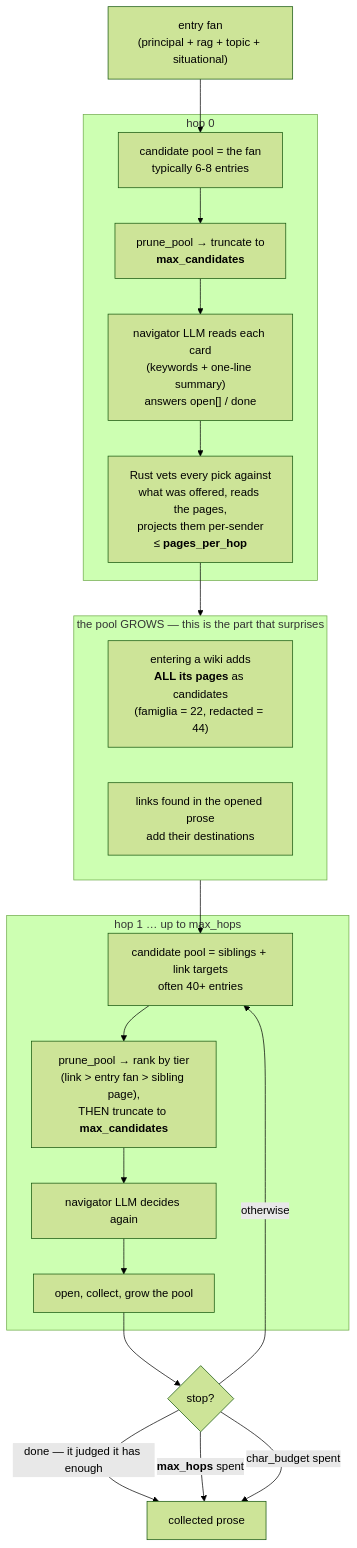
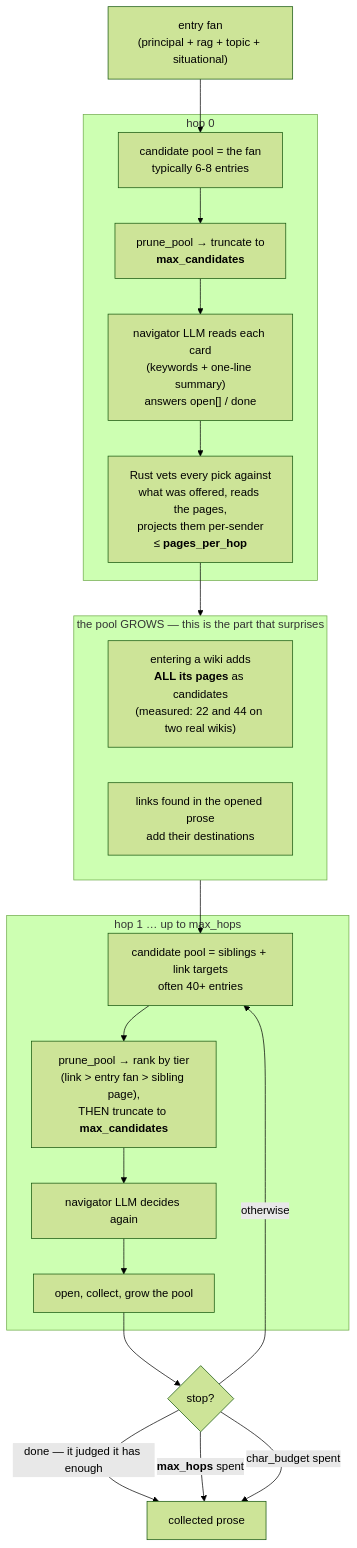
The second of 2 diagrams in docs/design-notes/recall-pipeline.md (Fr4nZ82/mwe-mcp), drawn with Mermaid (forest theme) before and after one commit. The commit also changed 6 other files, not shown here.

````diff
--- a/docs/design-notes/recall-pipeline.md
+++ b/docs/design-notes/recall-pipeline.md
@@ -52,33 +52,33 @@
 ```mermaid
 flowchart TB
     FAN["entry fan<br/>(principal + rag + topic + situational)"] --> POOL0
 
     subgraph H0["hop 0"]
         POOL0["candidate pool = the fan<br/>typically 6-8 entries"]
         POOL0 --> PRUNE0["prune_pool → truncate to<br/><b>max_candidates</b>"]
         PRUNE0 --> LLM0["navigator LLM reads each card<br/>(keywords + one-line summary)<br/>answers open[] / done"]
         LLM0 --> OPEN0["Rust vets every pick against<br/>what was offered, reads the pages,<br/>projects them per-sender<br/>≤ <b>pages_per_hop</b>"]
     end
 
     OPEN0 --> GROW
 
     subgraph GROW["the pool GROWS — this is the part that surprises"]
-        G1["entering a wiki adds<br/><b>ALL its pages</b> as candidates<br/>(famiglia = 22, redacted = 44)"]
+        G1["entering a wiki adds<br/><b>ALL its pages</b> as candidates<br/>(measured: 22 and 44 on two real wikis)"]
         G2["links found in the opened prose<br/>add their destinations"]
     end
 
     GROW --> POOL1
 
     subgraph H1["hop 1 … up to max_hops"]
         POOL1["candidate pool = siblings + link targets<br/>often 40+ entries"]
         POOL1 --> PRUNE1["prune_pool → rank by tier<br/>(link > entry fan > sibling page),<br/>THEN truncate to <b>max_candidates</b>"]
         PRUNE1 --> LLM1["navigator LLM decides again"]
         LLM1 --> OPEN1["open, collect, grow the pool"]
     end
 
     OPEN1 --> STOP{"stop?"}
     STOP -->|"done — it judged it has enough"| OUT["collected prose"]
     STOP -->|"<b>max_hops</b> spent"| OUT
     STOP -->|"char_budget spent"| OUT
     STOP -->|"otherwise"| POOL1
 ```
````
